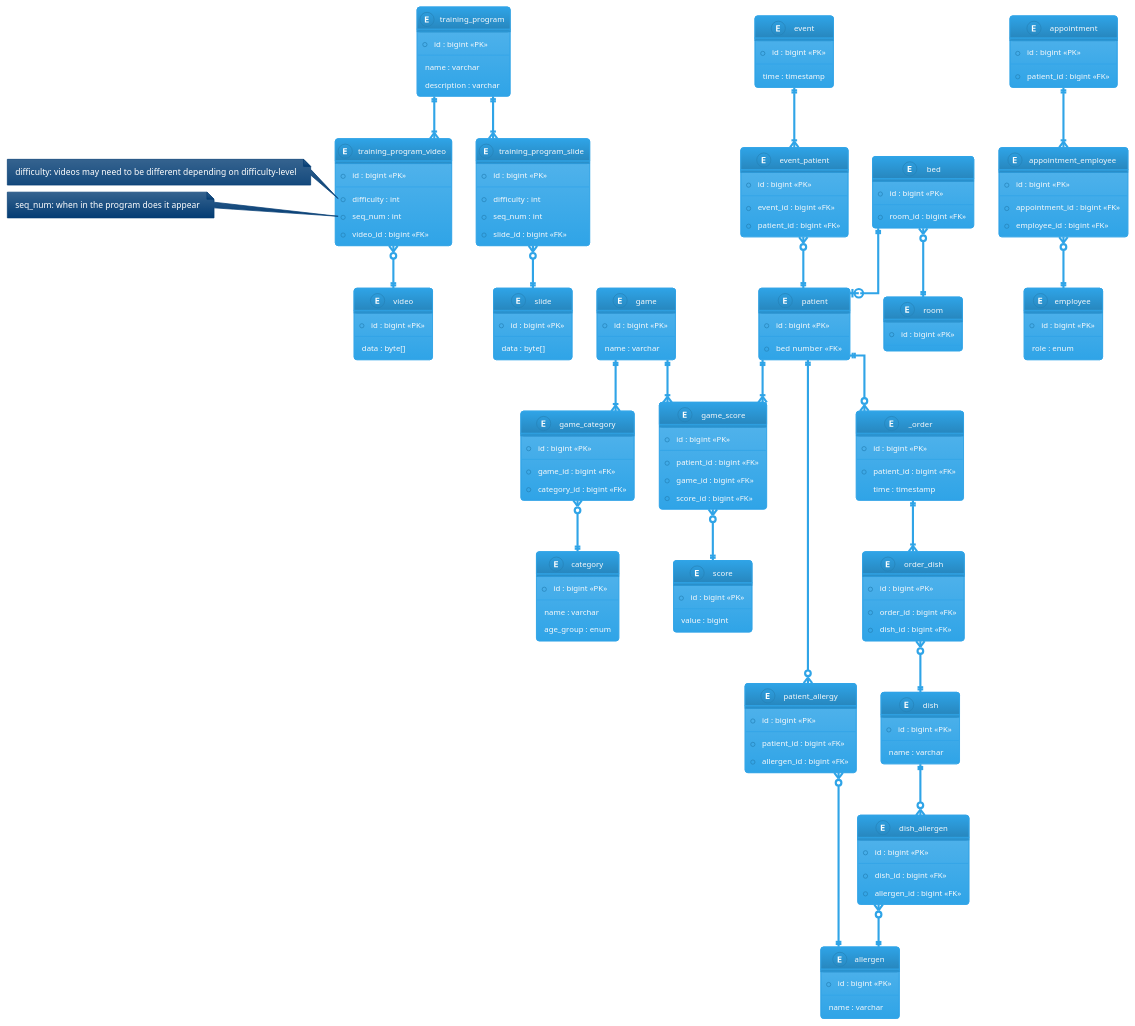
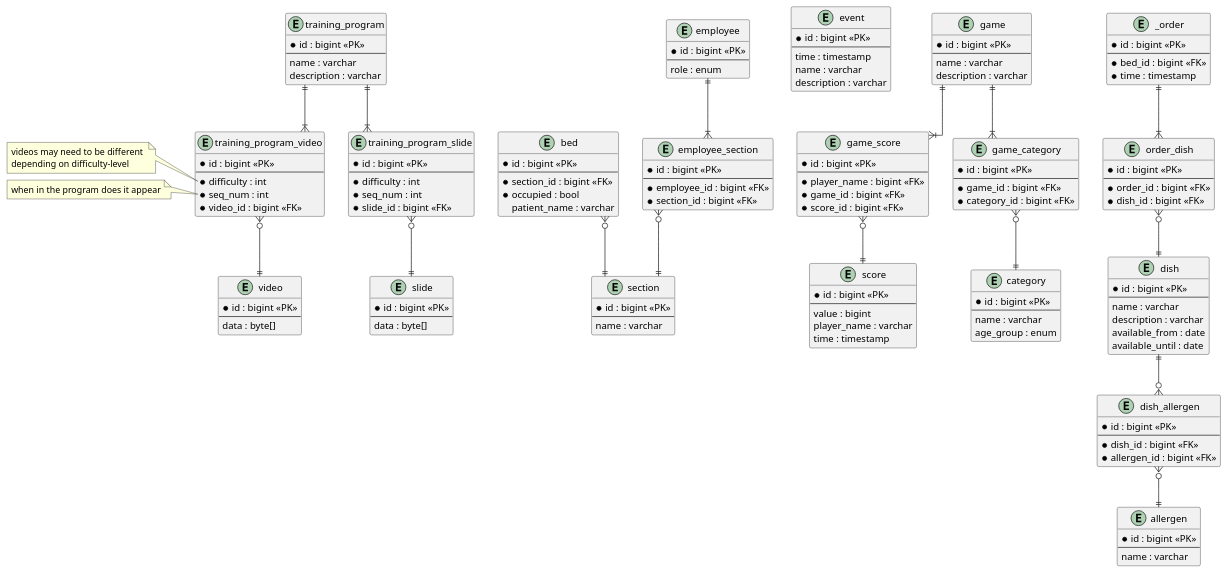
The diagram in puml/ERD.puml (Oskar123456/SYSDAT-F25-TEAM-G), drawn with PlantUML before and after one commit. The commit also changed 6 other files, not shown here.

Commit message:
update diagrams based on PO feedback (Patrick), logbook entry

```diff
--- a/puml/ERD.puml
+++ b/puml/ERD.puml
@@ -15,41 +15,18 @@
 @startuml
-!theme cerulean
+/'!theme cerulean'/
 skinparam linetype ortho
 
-entity patient {
+entity section {
     * id : bigint <<PK>>
     --
-    * bed number  <<FK>>
-}
-
-entity patient_allergy {
-    * id : bigint <<PK>>
-    --
-    * patient_id : bigint <<FK>>
-    * allergen_id : bigint <<FK>>
-}
-
-entity appointment {
-    * id : bigint <<PK>>
-    --
-    * patient_id : bigint <<FK>>
-}
-
-entity appointment_employee {
-    * id : bigint <<PK>>
-    --
-    * appointment_id : bigint <<FK>>
-    * employee_id : bigint <<FK>>
-}
-
-entity room {
-    * id : bigint <<PK>>
-    --
+    name : varchar
 }
 entity bed {
     * id : bigint <<PK>>
     --
-    * room_id : bigint <<FK>>
+    * section_id : bigint <<FK>>
+    * occupied : bool
+    patient_name : varchar
 }
 entity employee {
     * id : bigint <<PK>>
@@ -61,24 +38,29 @@
     * id : bigint <<PK>>
     --
     time : timestamp
+    name : varchar
+    description : varchar
 }
 
 entity game {
     * id : bigint <<PK>>
     --
     name : varchar
+    description : varchar
 }
 
 entity score {
     * id : bigint <<PK>>
     --
     value : bigint
+    player_name : varchar
+    time : timestamp
 }
 
 entity game_score {
     * id : bigint <<PK>>
     --
-    * patient_id : bigint <<FK>>
+    * player_name : bigint <<FK>>
     * game_id : bigint <<FK>>
     * score_id : bigint <<FK>>
 }
@@ -86,8 +68,8 @@
 entity _order {
     * id : bigint <<PK>>
     --
-    * patient_id : bigint <<FK>>
-    time : timestamp
+    * bed_id : bigint <<FK>>
+    * time : timestamp
 }
 
 entity order_dish {
@@ -101,6 +83,9 @@
     * id : bigint <<PK>>
     --
     name : varchar
+    description : varchar
+    available_from : date
+    available_until : date
 }
 
 entity dish_allergen {
@@ -128,13 +113,6 @@
     --
     name : varchar
     age_group : enum
-}
-
-entity event_patient {
-    * id : bigint <<PK>>
-    --
-    * event_id : bigint <<FK>>
-    * patient_id : bigint <<FK>>
 }
 
 entity training_program {
@@ -172,15 +150,18 @@
     data : byte[]
 }
 
+entity employee_section {
+    * id : bigint <<PK>>
+    --
+    * employee_id : bigint <<FK>>
+    * section_id : bigint <<FK>>
+}
+
 /' 
 
     RELATIONS
     
 '/
-
-patient ||--o{ _order
-patient ||--o{ patient_allergy
-patient_allergy }o--|| allergen
 
 _order ||--|{ order_dish
 order_dish }o--|| dish
@@ -188,20 +169,15 @@
 dish ||--o{ dish_allergen
 dish_allergen }o--|| allergen
 
-appointment ||--|{ appointment_employee
-appointment_employee }o--|| employee
+employee ||--|{ employee_section
+employee_section }o--|| section
 
 game ||--|{ game_category
 game_category }o--|| category
 game ||--|{ game_score
 game_score }o--|| score
-patient ||--|{ game_score
 
-event ||--|{ event_patient
-event_patient }o--|| patient
-
-bed }o--|| room
-bed ||--o| patient
+bed }o--|| section
 
 training_program ||--|{ training_program_video
 training_program_video }o--|| video
@@ -215,11 +191,12 @@
 '/
 
 note left of training_program_video::difficulty
-    difficulty: videos may need to be different depending on difficulty-level
+videos may need to be different 
+depending on difficulty-level
 end note
 
 note left of training_program_video::seq_num
-    seq_num: when in the program does it appear
+when in the program does it appear
 end note
 
 @enduml
```
